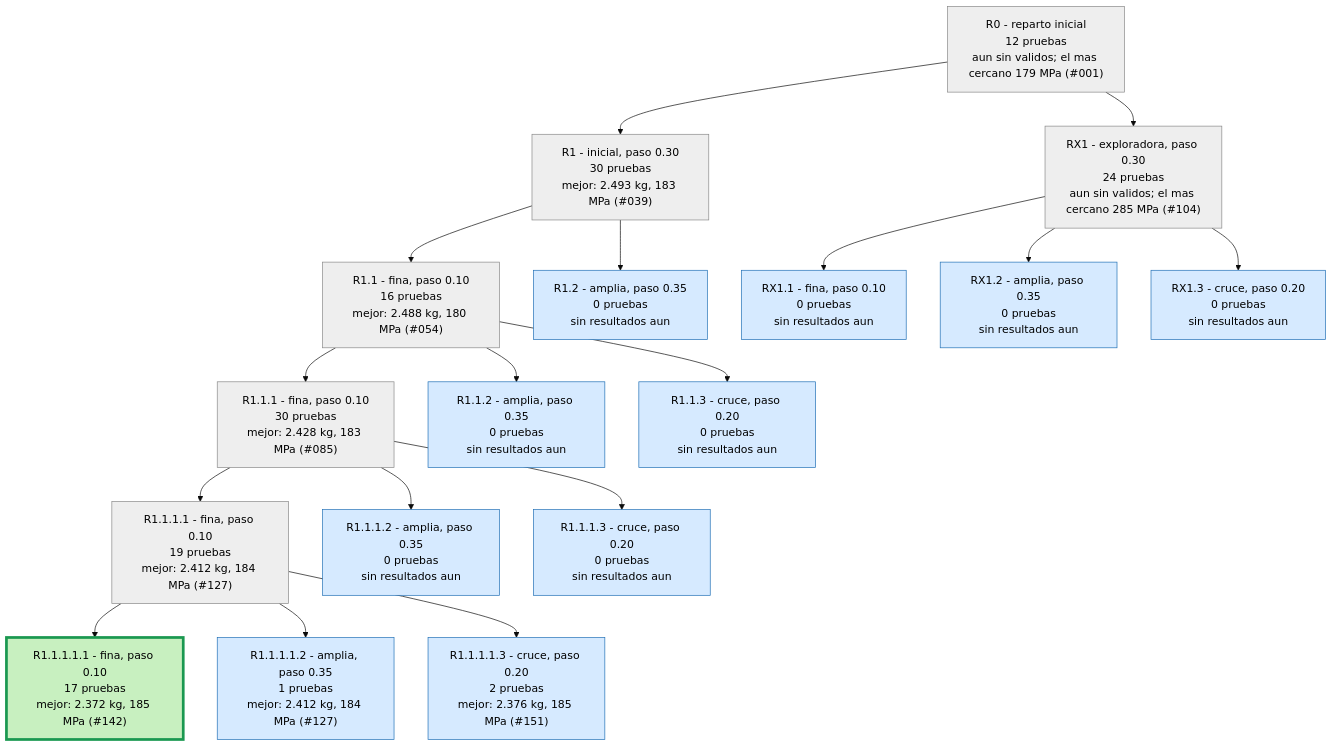
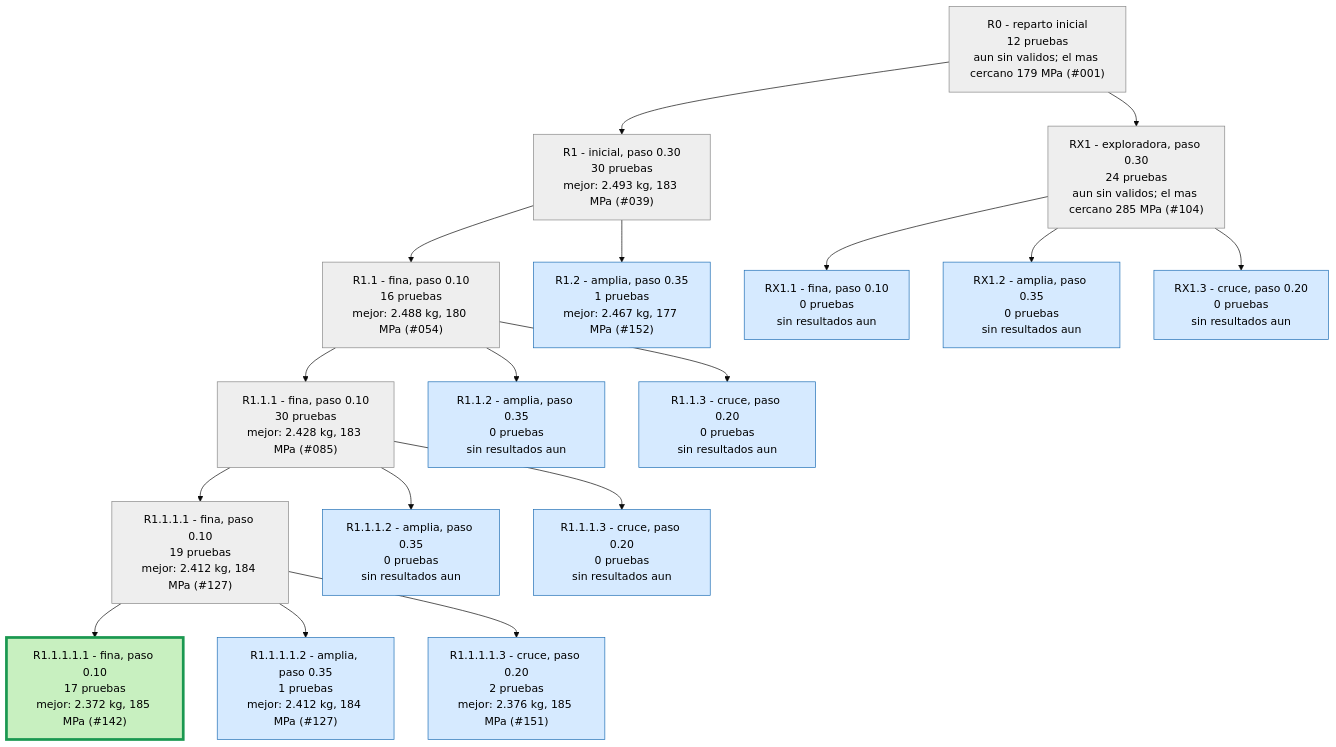
One commit to Hugiko/msd-soporte-optimizacion changed the first of 3 diagrams in runs/opt_37800N/ARBOL.md. Above: the diagram before and after it, drawn with Mermaid (base theme). The commit also changed 28 other files, not shown here.

````diff
--- a/runs/opt_37800N/ARBOL.md
+++ b/runs/opt_37800N/ARBOL.md
@@ -9,39 +9,39 @@
 ```mermaid
 graph TD
 classDef activa fill:#d6eaff,stroke:#1f6fb5,color:#000
 classDef fin fill:#eeeeee,stroke:#888,color:#000
 classDef mejor fill:#c8f0c0,stroke:#1a9850,stroke-width:4px,color:#000
 R0["R0 - reparto inicial<br/>12 pruebas<br/>aun sin validos; el mas cercano 179 MPa (#001)"]:::fin
 R1["R1 - inicial, paso 0.30<br/>30 pruebas<br/>mejor: 2.493 kg, 183 MPa (#039)"]:::fin
 R0 --> R1
 R1_1["R1.1 - fina, paso 0.10<br/>16 pruebas<br/>mejor: 2.488 kg, 180 MPa (#054)"]:::fin
 R1 --> R1_1
-R1_2["R1.2 - amplia, paso 0.35<br/>0 pruebas<br/>sin resultados aun"]:::activa
+R1_2["R1.2 - amplia, paso 0.35<br/>1 pruebas<br/>mejor: 2.467 kg, 177 MPa (#152)"]:::activa
 R1 --> R1_2
 R1_1_1["R1.1.1 - fina, paso 0.10<br/>30 pruebas<br/>mejor: 2.428 kg, 183 MPa (#085)"]:::fin
 R1_1 --> R1_1_1
 R1_1_2["R1.1.2 - amplia, paso 0.35<br/>0 pruebas<br/>sin resultados aun"]:::activa
 R1_1 --> R1_1_2
 R1_1_3["R1.1.3 - cruce, paso 0.20<br/>0 pruebas<br/>sin resultados aun"]:::activa
 R1_1 --> R1_1_3
 R1_1_1_1["R1.1.1.1 - fina, paso 0.10<br/>19 pruebas<br/>mejor: 2.412 kg, 184 MPa (#127)"]:::fin
 R1_1_1 --> R1_1_1_1
 R1_1_1_2["R1.1.1.2 - amplia, paso 0.35<br/>0 pruebas<br/>sin resultados aun"]:::activa
 R1_1_1 --> R1_1_1_2
 R1_1_1_3["R1.1.1.3 - cruce, paso 0.20<br/>0 pruebas<br/>sin resultados aun"]:::activa
 R1_1_1 --> R1_1_1_3
 RX1["RX1 - exploradora, paso 0.30<br/>24 pruebas<br/>aun sin validos; el mas cercano 285 MPa (#104)"]:::fin
 R0 --> RX1
 RX1_1["RX1.1 - fina, paso 0.10<br/>0 pruebas<br/>sin resultados aun"]:::activa
 RX1 --> RX1_1
 RX1_2["RX1.2 - amplia, paso 0.35<br/>0 pruebas<br/>sin resultados aun"]:::activa
 RX1 --> RX1_2
 RX1_3["RX1.3 - cruce, paso 0.20<br/>0 pruebas<br/>sin resultados aun"]:::activa
 RX1 --> RX1_3
 R1_1_1_1_1["R1.1.1.1.1 - fina, paso 0.10<br/>17 pruebas<br/>mejor: 2.372 kg, 185 MPa (#142)"]:::mejor
 R1_1_1_1 --> R1_1_1_1_1
 R1_1_1_1_2["R1.1.1.1.2 - amplia, paso 0.35<br/>1 pruebas<br/>mejor: 2.412 kg, 184 MPa (#127)"]:::activa
 R1_1_1_1 --> R1_1_1_1_2
 R1_1_1_1_3["R1.1.1.1.3 - cruce, paso 0.20<br/>2 pruebas<br/>mejor: 2.376 kg, 185 MPa (#151)"]:::activa
 R1_1_1_1 --> R1_1_1_1_3
 ```
````
